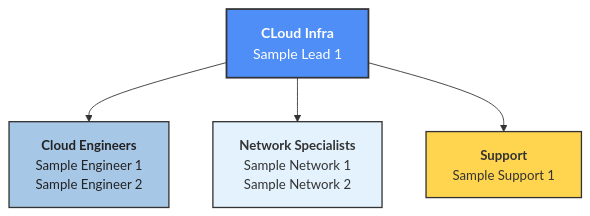
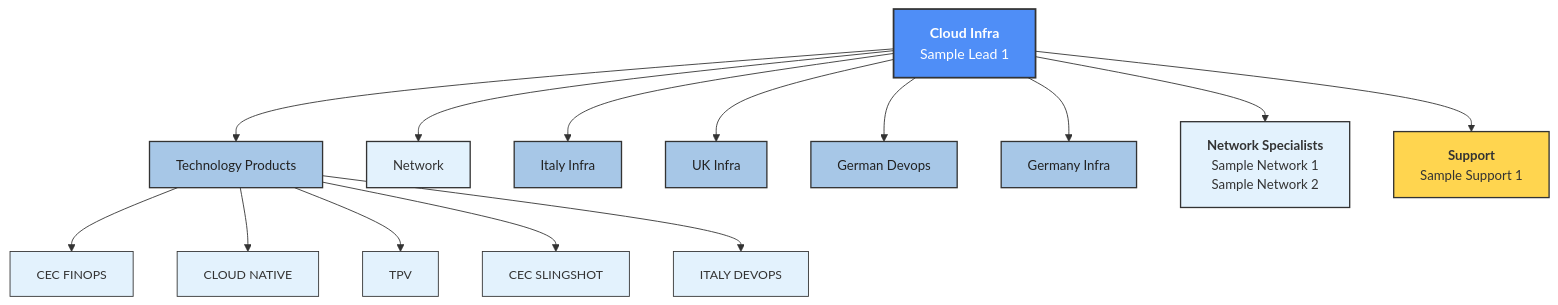
Before and after one commit to skyrampravin/cloud-dashboard: the diagram in docs/orgchart.md, drawn with Mermaid. The commit also changed 19 other files, not shown here.

````diff
--- a/docs/orgchart.md
+++ b/docs/orgchart.md
@@ -1,16 +1,46 @@
 ```mermaid
+
 flowchart TD
-	InfraLead["<b>CLoud Infra</b><br>Sample Lead 1"]:::lead
-	CloudEng["<b>Cloud Engineers</b><br>Sample Engineer 1<br>Sample Engineer 2"]:::engineer
+	InfraLead["<b>Cloud Infra</b><br>Sample Lead 1"]:::lead
+	TechProducts["Technology Products"]:::engineer
+	Network["Network"]:::network
+	ItalyInfra["Italy Infra"]:::engineer
+	UKInfra["UK Infra"]:::engineer
+	GermanDevops["German Devops"]:::engineer
+	GermanyInfra["Germany Infra"]:::engineer
+
+	CEC_FINOPS["CEC FINOPS"]:::subteam
+	CLOUD_NATIVE["CLOUD NATIVE"]:::subteam
+	TPV["TPV"]:::subteam
+	CEC_SLINGSHOT["CEC SLINGSHOT"]:::subteam
+	ITALY_DEVOPS["ITALY DEVOPS"]:::subteam
+
+	InfraLead --> TechProducts
+	InfraLead --> Network
+	InfraLead --> ItalyInfra
+	InfraLead --> UKInfra
+	InfraLead --> GermanDevops
+	InfraLead --> GermanyInfra
+	InfraLead --> NetSpec
+	InfraLead --> Support
+
+	TechProducts --> CEC_FINOPS
+	TechProducts --> CLOUD_NATIVE
+	TechProducts --> TPV
+	TechProducts --> CEC_SLINGSHOT
+	TechProducts --> ITALY_DEVOPS
+
 	NetSpec["<b>Network Specialists</b><br>Sample Network 1<br>Sample Network 2"]:::network
 	Support["<b>Support</b><br>Sample Support 1"]:::support
 
-	InfraLead --> CloudEng
-	InfraLead --> NetSpec
-	InfraLead --> Support
+	classDef lead fill:#4F8EF7,stroke:#333,stroke-width:2px,color:#fff,font-size:16px;
+	classDef engineer fill:#A7C7E7,stroke:#333,stroke-width:1.5px,color:#222,font-size:15px;
+	classDef network fill:#E3F2FD,stroke:#333,stroke-width:1.5px,color:#333,font-size:15px;
+	classDef support fill:#FFD54F,stroke:#333,stroke-width:1.5px,color:#333,font-size:15px;
+	classDef subteam fill:#E3F2FD,stroke:#333,stroke-width:1px,color:#333,font-size:14px;
 
 	classDef lead fill:#4F8EF7,stroke:#333,stroke-width:2px,color:#fff,font-size:16px;
 	classDef engineer fill:#A7C7E7,stroke:#333,stroke-width:1.5px,color:#222,font-size:15px;
 	classDef network fill:#E3F2FD,stroke:#333,stroke-width:1.5px,color:#333,font-size:15px;
 	classDef support fill:#FFD54F,stroke:#333,stroke-width:1.5px,color:#333,font-size:15px;
 ```
````
